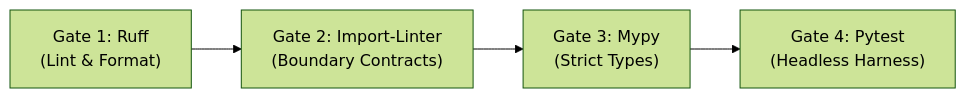
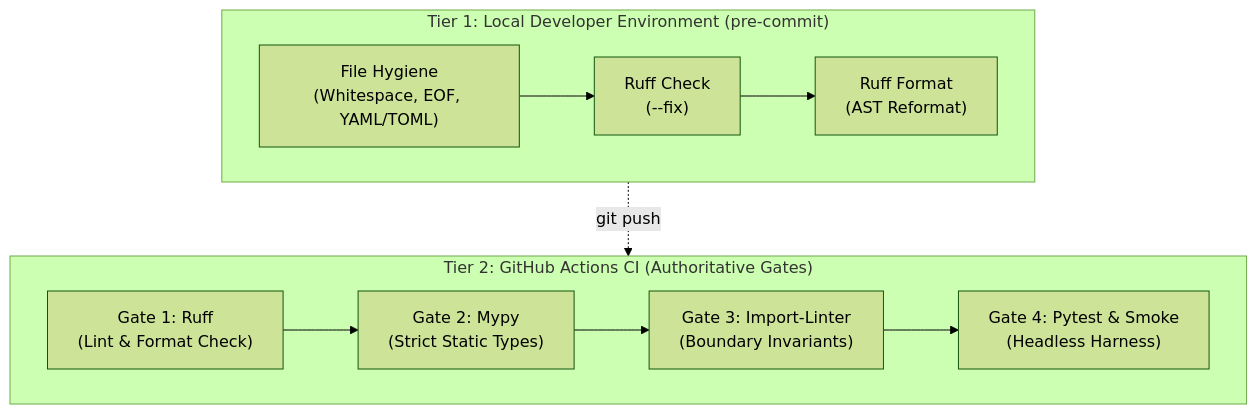
The third of 3 diagrams in architecture/designs/0001_modular_monorepo_baseline_and_verification_pipeline.md (mnaatjes/ed-telemetry), drawn with Mermaid (forest theme) before and after one commit. The commit also changed other lines of this file and 3 other files, not shown here.

Commit message:
docs(verification): articulate two-tier pre-commit vs CI strategy and local how-to guide

````diff
--- a/architecture/designs/0001_modular_monorepo_baseline_and_verification_pipeline.md
+++ b/architecture/designs/0001_modular_monorepo_baseline_and_verification_pipeline.md
@@ -155,6 +155,17 @@
 ```mermaid
-flowchart LR
-    G1["Gate 1: Ruff<br/>(Lint & Format)"] --> G2["Gate 2: Import-Linter<br/>(Boundary Contracts)"]
-    G2 --> G3["Gate 3: Mypy<br/>(Strict Types)"]
-    G3 --> G4["Gate 4: Pytest<br/>(Headless Harness)"]
+flowchart TD
+    subgraph Tier1["Tier 1: Local Developer Environment (pre-commit)"]
+        direction LR
+        P1["File Hygiene<br/>(Whitespace, EOF, YAML/TOML)"] --> P2["Ruff Check<br/>(--fix)"]
+        P2 --> P3["Ruff Format<br/>(AST Reformat)"]
+    end
+
+    subgraph Tier2["Tier 2: GitHub Actions CI (Authoritative Gates)"]
+        direction LR
+        G1["Gate 1: Ruff<br/>(Lint & Format Check)"] --> G2["Gate 2: Mypy<br/>(Strict Static Types)"]
+        G2 --> G3["Gate 3: Import-Linter<br/>(Boundary Invariants)"]
+        G3 --> G4["Gate 4: Pytest & Smoke<br/>(Headless Harness)"]
+    end
+
+    Tier1 -.->|git push| Tier2
 ```
````
